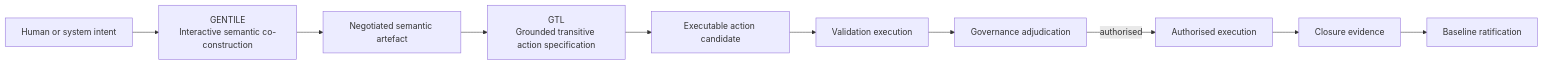
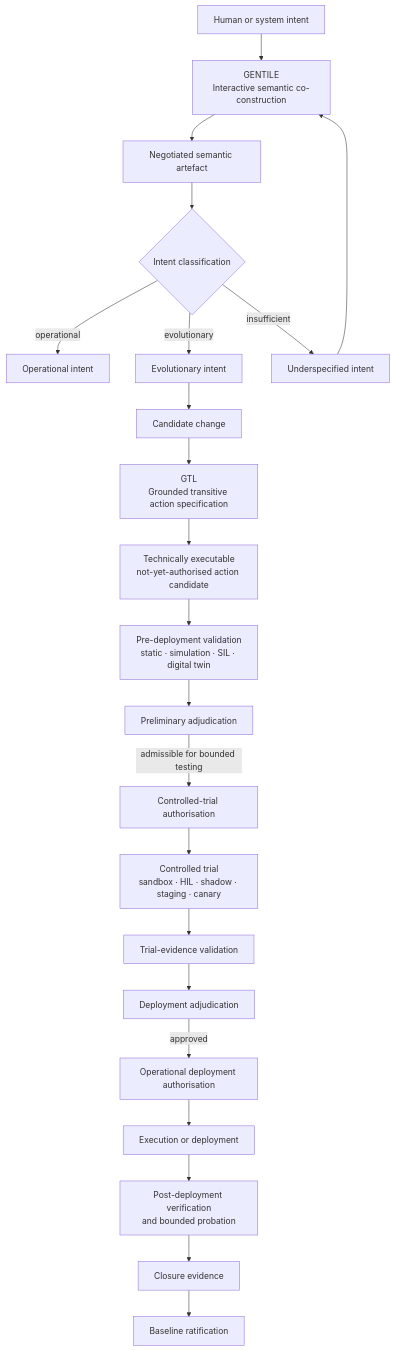
Before and after one commit to AmedeoPelliccia/AGES: the first of 5 diagrams in architecture/08-gentile-gtl-integration.md, drawn with Mermaid. The commit also changed other lines of this file, not shown here.

First line of the commit message:
Enhance GENTILE-GTL integration documentation

````diff
--- a/architecture/08-gentile-gtl-integration.md
+++ b/architecture/08-gentile-gtl-integration.md
@@ -40,23 +69,51 @@
 ```mermaid
-flowchart LR
+flowchart TD
     INT["Human or system intent"]
     GEN["GENTILE<br/>Interactive semantic co-construction"]
     SEM["Negotiated semantic artefact"]
+    CLS{"Intent classification"}
+
+    OPINT["Operational intent"]
+    EVINT["Evolutionary intent"]
+    UNS["Underspecified intent"]
+
+    CHG["Candidate change"]
     GTL["GTL<br/>Grounded transitive action specification"]
-    ACT["Executable action candidate"]
-    VAL["Validation execution"]
-    ADJ["Governance adjudication"]
-    EXEC["Authorised execution"]
-    EVID["Closure evidence"]
+    ACT["Technically executable<br/>not-yet-authorised action candidate"]
+
+    PVAL["Pre-deployment validation<br/>static · simulation · SIL · digital twin"]
+    PAJ["Preliminary adjudication"]
+    TAU["Controlled-trial authorisation"]
+    TRL["Controlled trial<br/>sandbox · HIL · shadow · staging · canary"]
+    TEV["Trial-evidence validation"]
+    DAJ["Deployment adjudication"]
+    OAU["Operational deployment authorisation"]
+    EXEC["Execution or deployment"]
+    PROB["Post-deployment verification<br/>and bounded probation"]
+    CEV["Closure evidence"]
     RAT["Baseline ratification"]
 
     INT --> GEN
     GEN --> SEM
-    SEM --> GTL
+    SEM --> CLS
+
+    CLS -->|operational| OPINT
+    CLS -->|evolutionary| EVINT
+    CLS -->|insufficient| UNS
+
+    UNS --> GEN
+    EVINT --> CHG
+    CHG --> GTL
     GTL --> ACT
-    ACT --> VAL
-    VAL --> ADJ
-    ADJ -->|authorised| EXEC
-    EXEC --> EVID
-    EVID --> RAT
+    ACT --> PVAL
+    PVAL --> PAJ
+    PAJ -->|admissible for bounded testing| TAU
+    TAU --> TRL
+    TRL --> TEV
+    TEV --> DAJ
+    DAJ -->|approved| OAU
+    OAU --> EXEC
+    EXEC --> PROB
+    PROB --> CEV
+    CEV --> RAT
 ```
````
